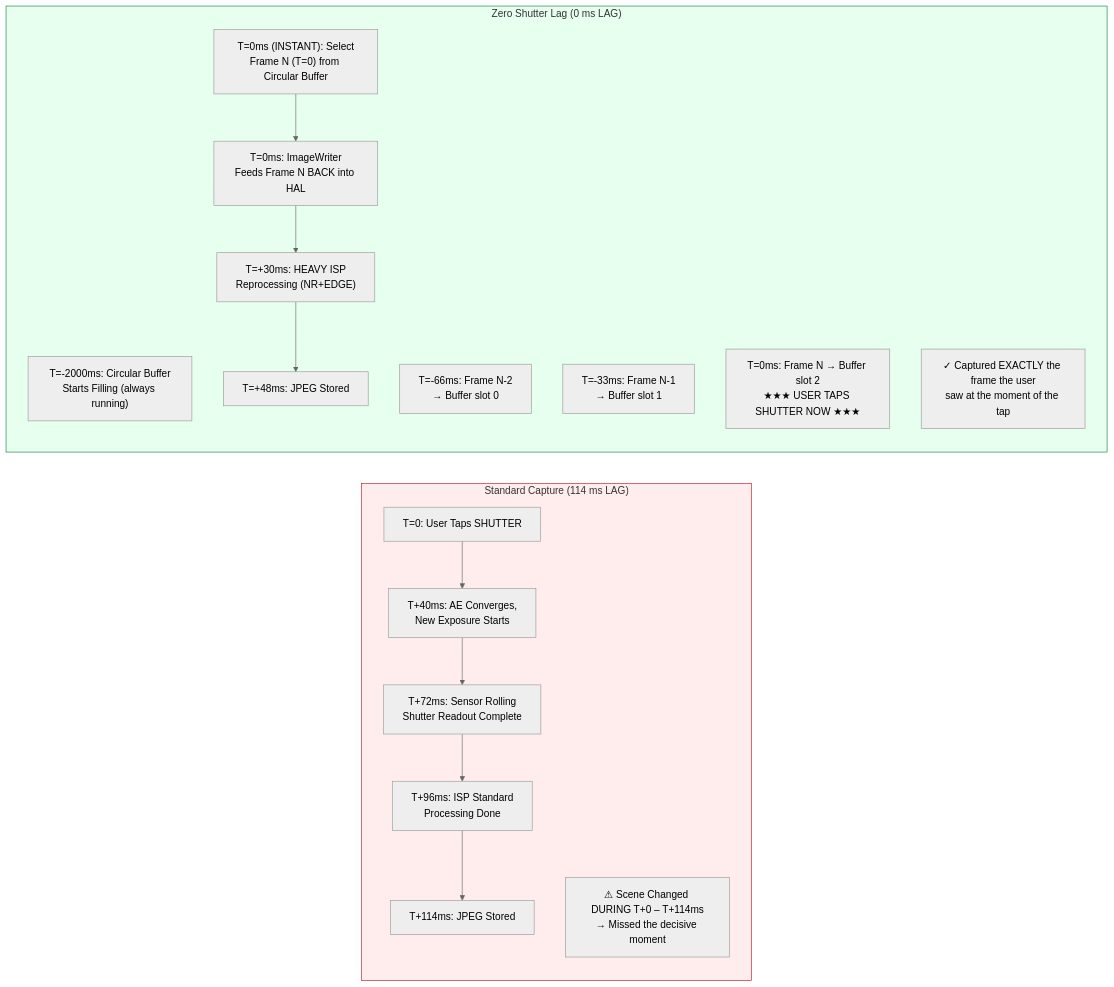
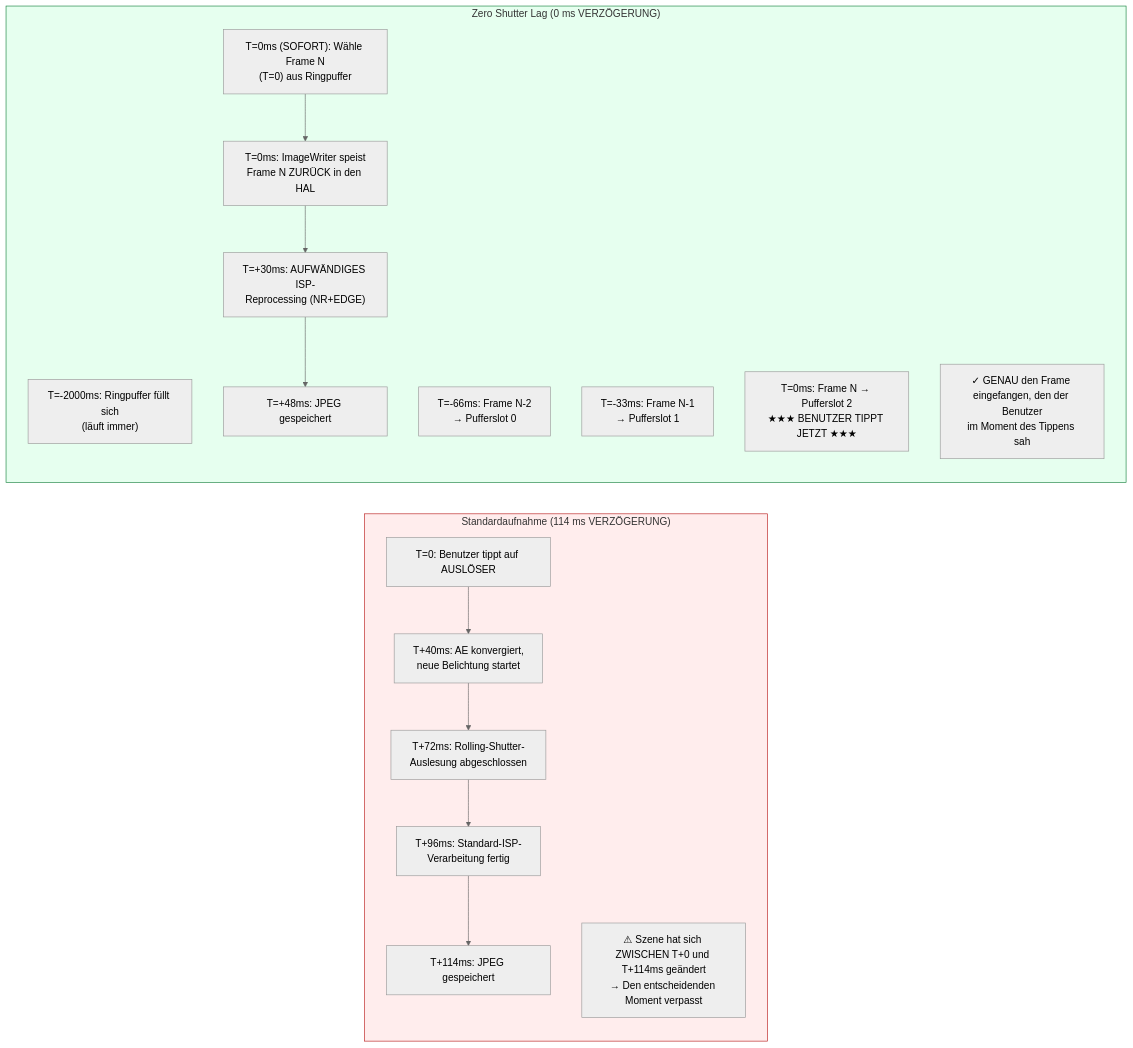
The first of 2 diagrams in website/i18n/de/docusaurus-plugin-content-docs/current/camera2/zero-shutter-lag-and-reprocessing.md (zoozooll/AndroidCameraParameters), drawn with Mermaid (neutral theme) before and after one commit. The commit also changed other lines of this file and 378 other files, not shown here.

````diff
--- a/website/i18n/de/docusaurus-plugin-content-docs/current/camera2/zero-shutter-lag-and-reprocessing.md
+++ b/website/i18n/de/docusaurus-plugin-content-docs/current/camera2/zero-shutter-lag-and-reprocessing.md
@@ -32,27 +32,27 @@
 ```mermaid
 flowchart LR
-    subgraph STANDARD["Standard Capture (114 ms LAG)"]
+    subgraph STANDARD["Standardaufnahme (114 ms VERZÖGERUNG)"]
         direction TB
-        T1["T=0: User Taps SHUTTER"] --> T2["T+40ms: AE Converges,\nNew Exposure Starts"]
-        T2 --> T3["T+72ms: Sensor Rolling\nShutter Readout Complete"]
-        T3 --> T4["T+96ms: ISP Standard\nProcessing Done"]
-        T4 --> T5["T+114ms: JPEG Stored"]
-        LOST["⚠ Scene Changed DURING T+0 – T+114ms\n→ Missed the decisive moment"]
+        T1["T=0: Benutzer tippt auf AUSLÖSER"] --> T2["T+40ms: AE konvergiert,<br/>neue Belichtung startet"]
+        T2 --> T3["T+72ms: Rolling-Shutter-<br/>Auslesung abgeschlossen"]
+        T3 --> T4["T+96ms: Standard-ISP-<br/>Verarbeitung fertig"]
+        T4 --> T5["T+114ms: JPEG gespeichert"]
+        LOST["⚠ Szene hat sich ZWISCHEN T+0 und T+114ms geändert<br/>→ Den entscheidenden Moment verpasst"]
     end
 
-    subgraph ZSLFLOW["Zero Shutter Lag (0 ms LAG)"]
+    subgraph ZSLFLOW["Zero Shutter Lag (0 ms VERZÖGERUNG)"]
         direction TB
-        C0["T=-2000ms: Circular Buffer\nStarts Filling (always running)"]
-        C1["T=-66ms: Frame N-2\n→ Buffer slot 0"]
-        C2["T=-33ms: Frame N-1\n→ Buffer slot 1"]
-        C3["T=0ms: Frame N → Buffer slot 2\n★★★ USER TAPS SHUTTER NOW ★★★"]
-        C4["T=0ms (INSTANT): Select\nFrame N (T=0) from Circular Buffer"]
-        C4 --> C5["T=0ms: ImageWriter\nFeeds Frame N BACK into HAL"]
-        C5 --> C6["T=+30ms: HEAVY ISP\nReprocessing (NR+EDGE)"]
-        C6 --> C7["T=+48ms: JPEG Stored"]
-        PERFECT["✓ Captured EXACTLY the frame the user\nsaw at the moment of the tap"]
+        C0["T=-2000ms: Ringpuffer füllt sich<br/>(läuft immer)"]
+        C1["T=-66ms: Frame N-2<br/>→ Pufferslot 0"]
+        C2["T=-33ms: Frame N-1<br/>→ Pufferslot 1"]
+        C3["T=0ms: Frame N → Pufferslot 2<br/>★★★ BENUTZER TIPPT JETZT ★★★"]
+        C4["T=0ms (SOFORT): Wähle Frame N<br/>(T=0) aus Ringpuffer"]
+        C4 --> C5["T=0ms: ImageWriter speist<br/>Frame N ZURÜCK in den HAL"]
+        C5 --> C6["T=+30ms: AUFWÄNDIGES ISP-<br/>Reprocessing (NR+EDGE)"]
+        C6 --> C7["T=+48ms: JPEG gespeichert"]
+        PERFECT["✓ GENAU den Frame eingefangen, den der Benutzer<br/>im Moment des Tippens sah"]
     end
 
     style STANDARD fill:#ffeded,stroke:#b91c1c
     style ZSLFLOW fill:#e6ffef,stroke:#15803d
 ```
````
